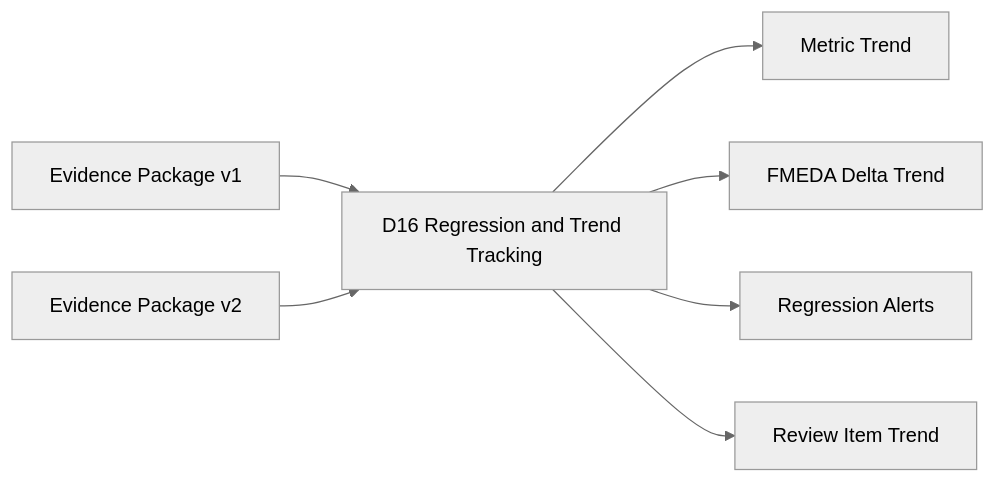
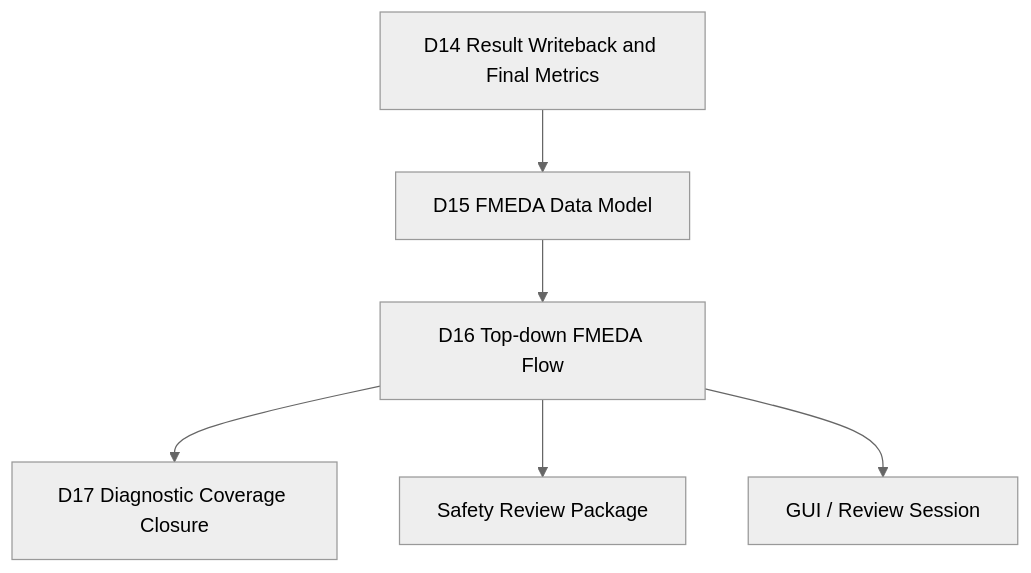
Before and after one commit to qiqixixi1001/automotive-safeic-practice: the first of 7 diagrams in articles/16_automotive_safeic_practice_d16_github_en_regression_and_trend_tracking.md, drawn with Mermaid (neutral theme). The commit also changed other lines of this file, not shown here.

````diff
--- a/articles/16_automotive_safeic_practice_d16_github_en_regression_and_trend_tracking.md
+++ b/articles/16_automotive_safeic_practice_d16_github_en_regression_and_trend_tracking.md
@@ -93,9 +56,8 @@
 ```mermaid
-flowchart LR
-    A[Evidence Package v1] --> C[D16 Regression and Trend Tracking]
-    B[Evidence Package v2] --> C
-    C --> D[Metric Trend]
-    C --> E[FMEDA Delta Trend]
-    C --> F[Regression Alerts]
-    C --> G[Review Item Trend]
+flowchart TD
+    D14[D14 Result Writeback and Final Metrics] --> D15[D15 FMEDA Data Model]
+    D15 --> D16[D16 Top-down FMEDA Flow]
+    D16 --> D17[D17 Diagnostic Coverage Closure]
+    D16 --> REV[Safety Review Package]
+    D16 --> GUI[GUI / Review Session]
 ```
````
